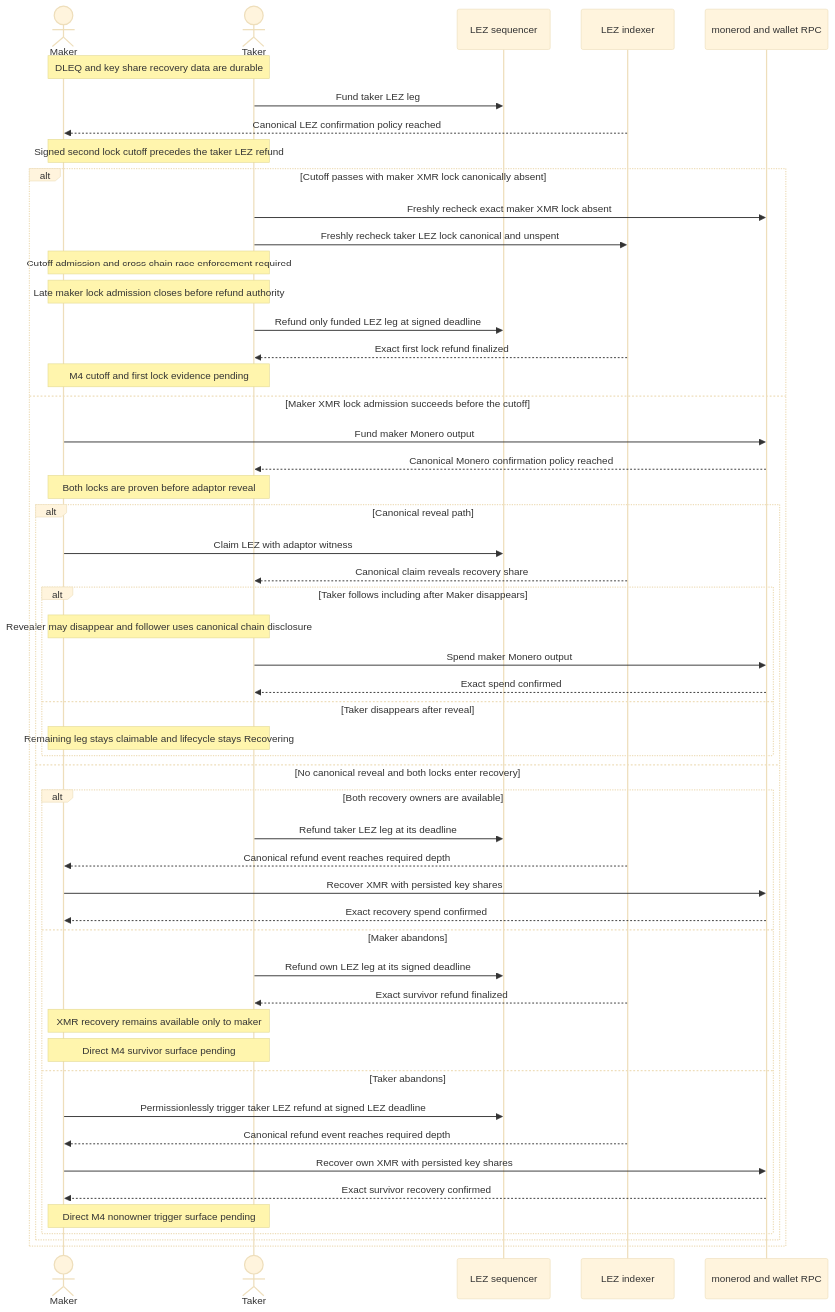
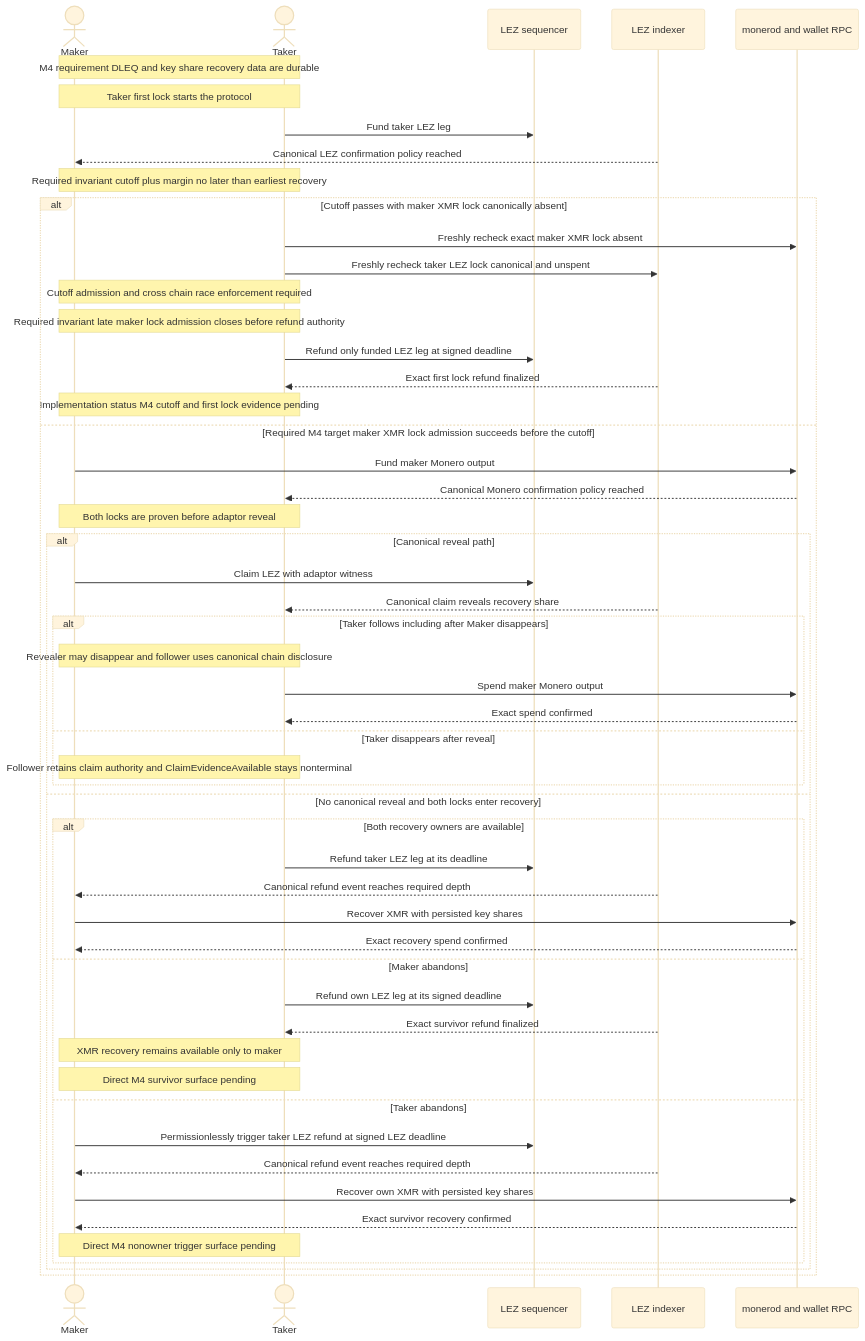
One commit to gateway-fm/lez-atomic-swaps changed diagram 16 of 21 in docs/architecture/system-architecture.md. Above: the diagram before and after it, drawn with Mermaid (base theme). The commit also changed other lines of this file and 7 other files, not shown here.

Commit message:
docs: certify M3 first-lock refunds

````diff
--- a/docs/architecture/system-architecture.md
+++ b/docs/architecture/system-architecture.md
@@ -1605,55 +1689,56 @@
 ```mermaid
 sequenceDiagram
     actor Maker
     actor Taker
     participant LezSeq as LEZ sequencer
     participant LezIdx as LEZ indexer
     participant Monero as monerod and wallet RPC
 
-    Note over Maker,Taker: DLEQ and key share recovery data are durable
+    Note over Maker,Taker: M4 requirement DLEQ and key share recovery data are durable
+    Note over Maker,Taker: Taker first lock starts the protocol
     Taker->>LezSeq: Fund taker LEZ leg
     LezIdx-->>Maker: Canonical LEZ confirmation policy reached
-    Note over Maker,Taker: Signed second lock cutoff precedes the taker LEZ refund
+    Note over Maker,Taker: Required invariant cutoff plus margin no later than earliest recovery
     alt Cutoff passes with maker XMR lock canonically absent
         Taker->>Monero: Freshly recheck exact maker XMR lock absent
         Taker->>LezIdx: Freshly recheck taker LEZ lock canonical and unspent
         Note over Maker,Taker: Cutoff admission and cross chain race enforcement required
-        Note over Maker,Taker: Late maker lock admission closes before refund authority
+        Note over Maker,Taker: Required invariant late maker lock admission closes before refund authority
         Taker->>LezSeq: Refund only funded LEZ leg at signed deadline
         LezIdx-->>Taker: Exact first lock refund finalized
-        Note over Maker,Taker: M4 cutoff and first lock evidence pending
-    else Maker XMR lock admission succeeds before the cutoff
+        Note over Maker,Taker: Implementation status M4 cutoff and first lock evidence pending
+    else Required M4 target maker XMR lock admission succeeds before the cutoff
         Maker->>Monero: Fund maker Monero output
         Monero-->>Taker: Canonical Monero confirmation policy reached
         Note over Maker,Taker: Both locks are proven before adaptor reveal
         alt Canonical reveal path
             Maker->>LezSeq: Claim LEZ with adaptor witness
             LezIdx-->>Taker: Canonical claim reveals recovery share
             alt Taker follows including after Maker disappears
                 Note over Maker,Taker: Revealer may disappear and follower uses canonical chain disclosure
                 Taker->>Monero: Spend maker Monero output
                 Monero-->>Taker: Exact spend confirmed
             else Taker disappears after reveal
-                Note over Maker,Taker: Remaining leg stays claimable and lifecycle stays Recovering
+                Note over Maker,Taker: Follower retains claim authority and ClaimEvidenceAvailable stays nonterminal
             end
         else No canonical reveal and both locks enter recovery
             alt Both recovery owners are available
                 Taker->>LezSeq: Refund taker LEZ leg at its deadline
                 LezIdx-->>Maker: Canonical refund event reaches required depth
                 Maker->>Monero: Recover XMR with persisted key shares
                 Monero-->>Maker: Exact recovery spend confirmed
             else Maker abandons
                 Taker->>LezSeq: Refund own LEZ leg at its signed deadline
                 LezIdx-->>Taker: Exact survivor refund finalized
                 Note over Maker,Taker: XMR recovery remains available only to maker
                 Note over Maker,Taker: Direct M4 survivor surface pending
             else Taker abandons
                 Maker->>LezSeq: Permissionlessly trigger taker LEZ refund at signed LEZ deadline
                 LezIdx-->>Maker: Canonical refund event reaches required depth
                 Maker->>Monero: Recover own XMR with persisted key shares
                 Monero-->>Maker: Exact survivor recovery confirmed
                 Note over Maker,Taker: Direct M4 nonowner trigger surface pending
             end
         end
     end
 ```
````
